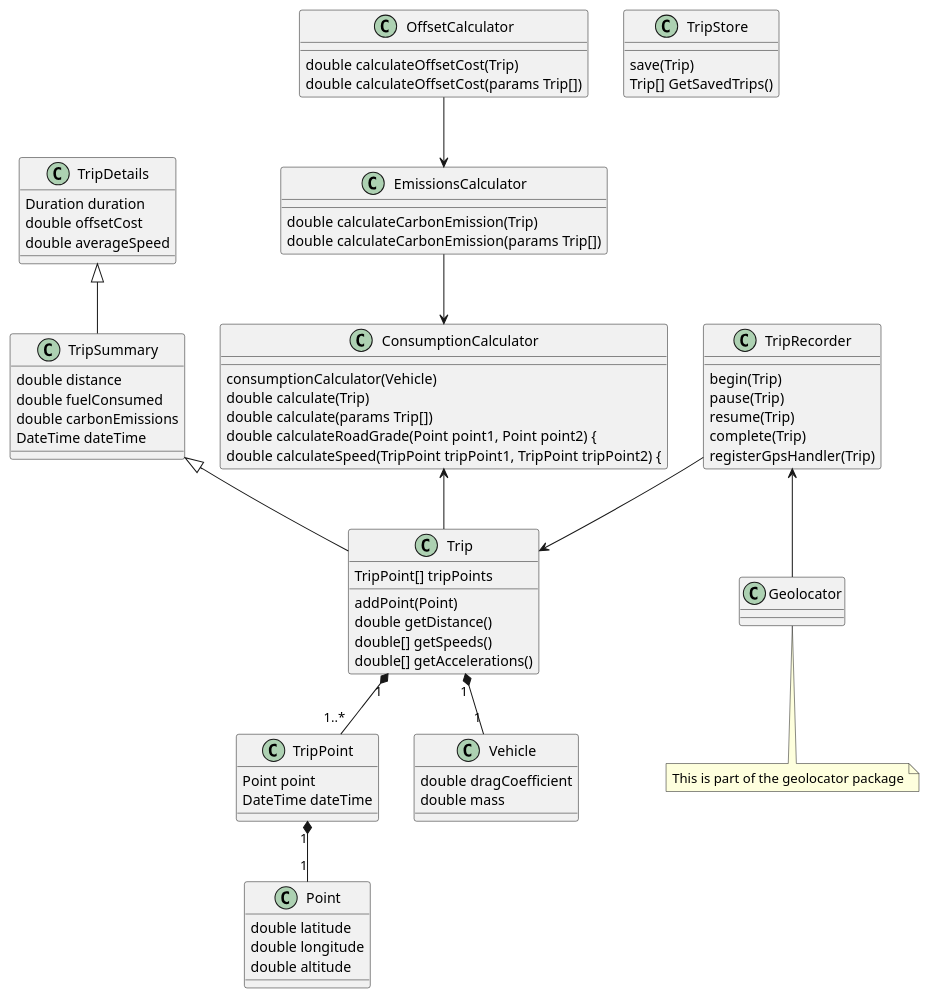
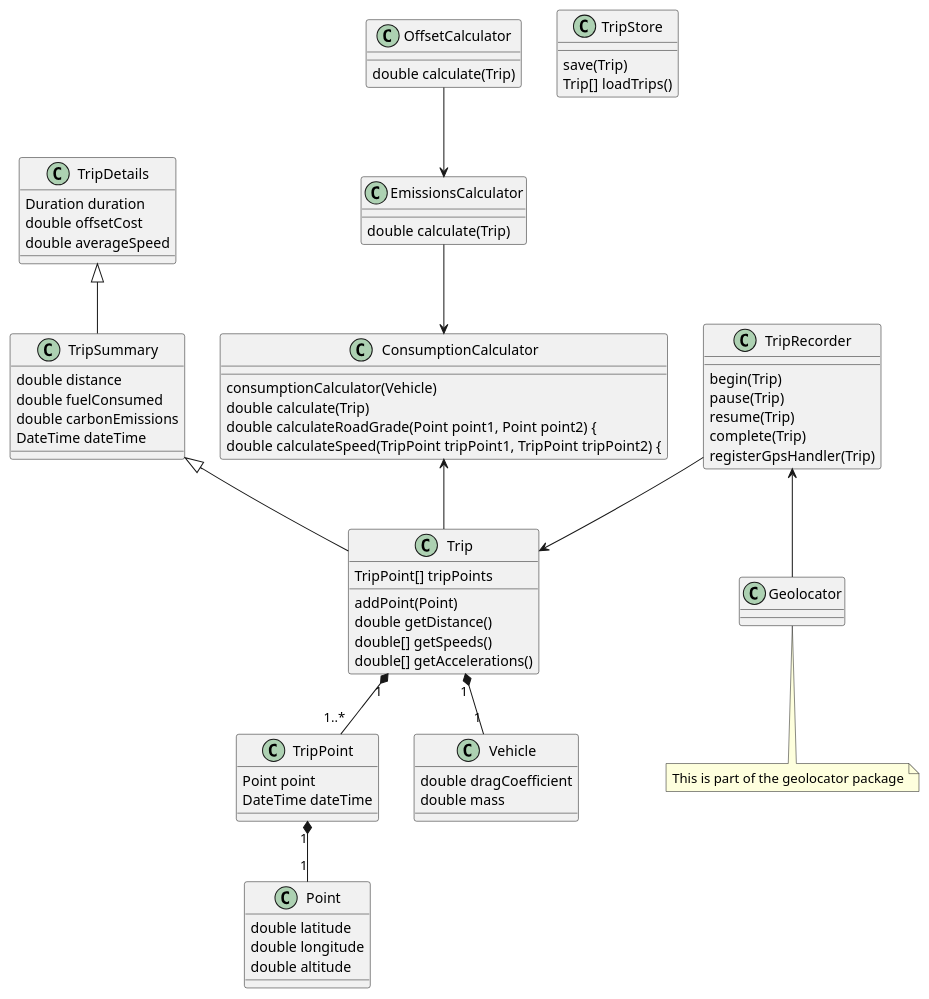
The diagram in docs/design_class_uml.md (Jmorjsm/emissions-offset), drawn with PlantUML before and after one commit. The commit also changed 5 other files, not shown here.

```diff
--- a/docs/design_class_uml.md
+++ b/docs/design_class_uml.md
@@ -1,77 +1,74 @@
 @startuml
 'Basic models
 class Point
 Point : double latitude
 Point : double longitude
 Point : double altitude
 
 class TripPoint
 TripPoint : Point point
 TripPoint : DateTime dateTime
 TripPoint "1" *-- "1" Point
 
 class Vehicle
 Vehicle : double dragCoefficient
 Vehicle : double mass
 
 class Trip
 Trip : TripPoint[] tripPoints
 Trip : addPoint(Point)
 Trip : double getDistance()
 Trip : double[] getSpeeds()
 Trip : double[] getAccelerations()
 Trip "1" *-- "1..*" TripPoint
 Trip "1" *-- "1" Vehicle
 
 class TripSummary
 TripSummary : double distance
 TripSummary : double fuelConsumed
 TripSummary : double carbonEmissions
 TripSummary : DateTime dateTime
 TripSummary <|-- Trip
 
 class TripDetails
 TripDetails : Duration duration
 TripDetails : double offsetCost
 TripDetails : double averageSpeed
 TripDetails <|-- TripSummary
 
 'Trip recording
 class TripRecorder
 TripRecorder : begin(Trip)
 TripRecorder : pause(Trip)
 TripRecorder : resume(Trip)
 TripRecorder : complete(Trip)
 TripRecorder : registerGpsHandler(Trip)
 TripRecorder --> Trip
 TripRecorder <-- Geolocator
 
 class Geolocator
 note "This is part of the geolocator package" as NGeolocator1
 Geolocator .. NGeolocator1
 
 class TripStore
 TripStore : save(Trip)
-TripStore : Trip[] GetSavedTrips()
+TripStore : Trip[] loadTrips()
 
 'Fuel Consumption
 class ConsumptionCalculator
 ConsumptionCalculator : consumptionCalculator(Vehicle)
 ConsumptionCalculator : double calculate(Trip)
-ConsumptionCalculator : double calculate(params Trip[])
 ConsumptionCalculator : double calculateRoadGrade(Point point1, Point point2) {
 ConsumptionCalculator : double calculateSpeed(TripPoint tripPoint1, TripPoint tripPoint2) {
 ConsumptionCalculator <-- Trip
 
 'Offset calculation
 class EmissionsCalculator
-EmissionsCalculator : double calculateCarbonEmission(Trip)
-EmissionsCalculator : double calculateCarbonEmission(params Trip[])
+EmissionsCalculator : double calculate(Trip)
 EmissionsCalculator --> ConsumptionCalculator
 
 class OffsetCalculator
-OffsetCalculator : double calculateOffsetCost(Trip)
-OffsetCalculator : double calculateOffsetCost(params Trip[])
+OffsetCalculator : double calculate(Trip)
 OffsetCalculator --> EmissionsCalculator
 
 @enduml
```
